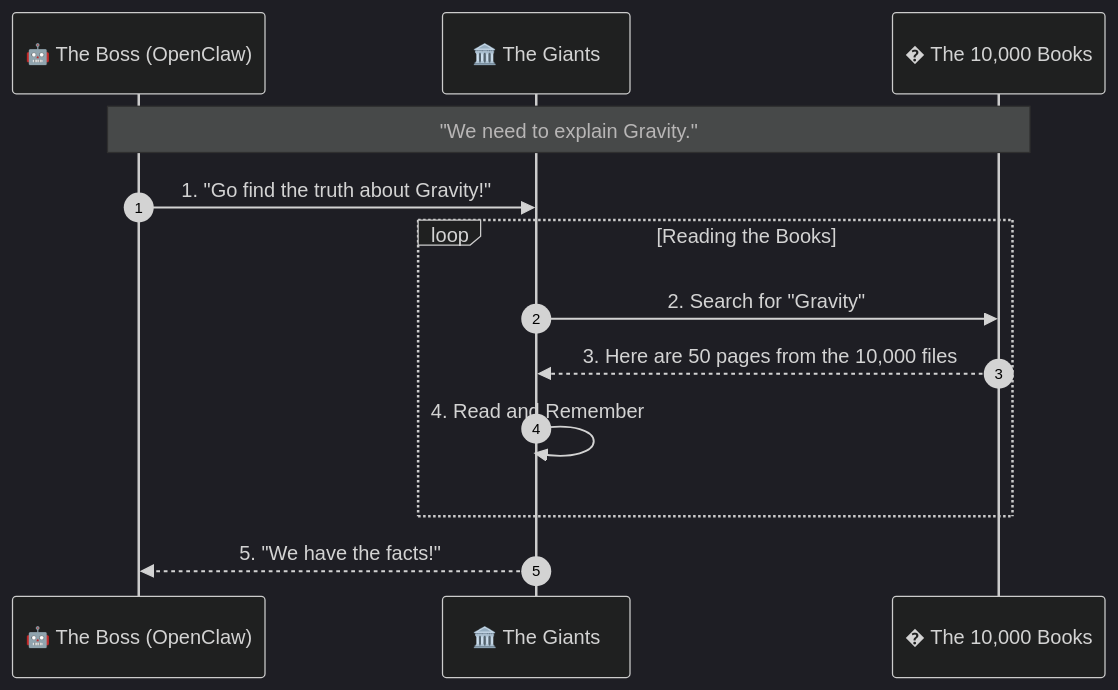
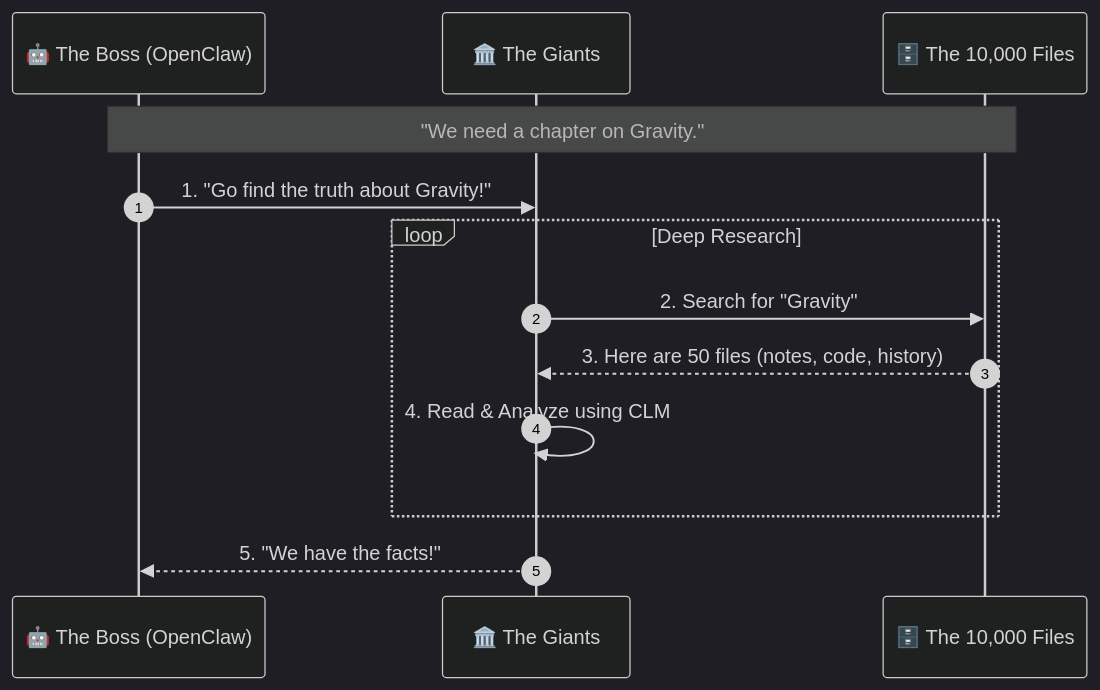
One commit to xlp0/PrologueOfSpacetime changed the first of 3 diagrams in docs/workflows/README.md. Above: the diagram before and after it, drawn with Mermaid (dark theme). The commit also changed other lines of this file, not shown here.

Commit message:
Docs: Add CLM (Magic Cube) and ABC (Ruler) to Simplified Workflow

````diff
--- a/docs/workflows/README.md
+++ b/docs/workflows/README.md
@@ -37,18 +59,18 @@
 ```mermaid
 sequenceDiagram
     autonumber
     participant Boss as 🤖 The Boss (OpenClaw)
     participant Giants as 🏛️ The Giants
-    participant Library as � The 10,000 Books
+    participant Archive as 🗄️ The 10,000 Files
 
-    Note over Boss, Library: "We need to explain Gravity."
+    Note over Boss, Archive: "We need a chapter on Gravity."
     Boss->>Giants: 1. "Go find the truth about Gravity!"
     
-    loop Reading the Books
-        Giants->>Library: 2. Search for "Gravity"
-        Library-->>Giants: 3. Here are 50 pages from the 10,000 files
-        Giants->>Giants: 4. Read and Remember
+    loop Deep Research
+        Giants->>Archive: 2. Search for "Gravity"
+        Archive-->>Giants: 3. Here are 50 files (notes, code, history)
+        Giants->>Giants: 4. Read & Analyze using CLM
     end
     
     Giants-->>Boss: 5. "We have the facts!"
 ```
````
